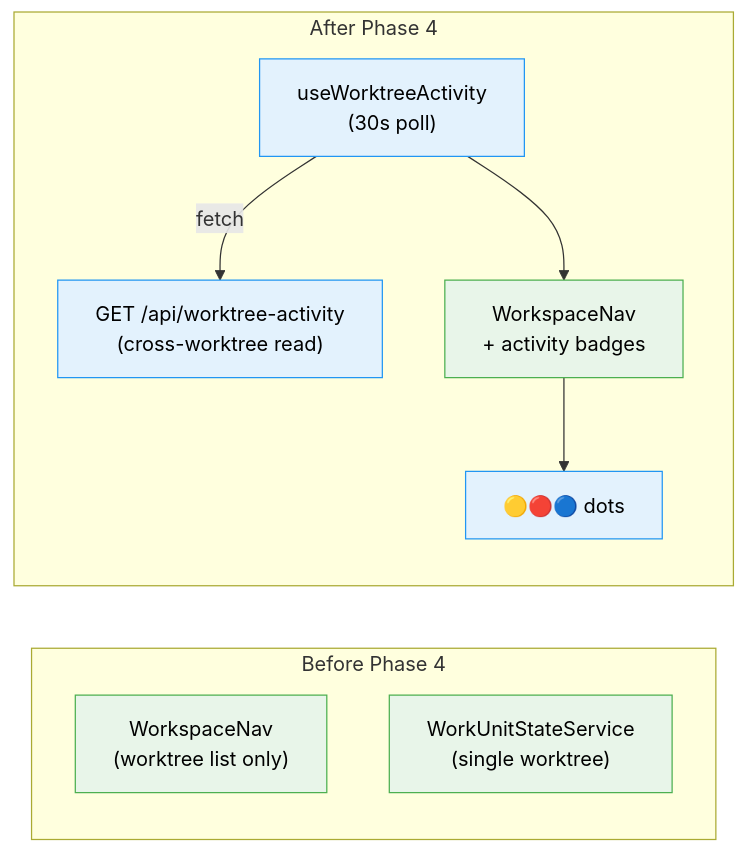
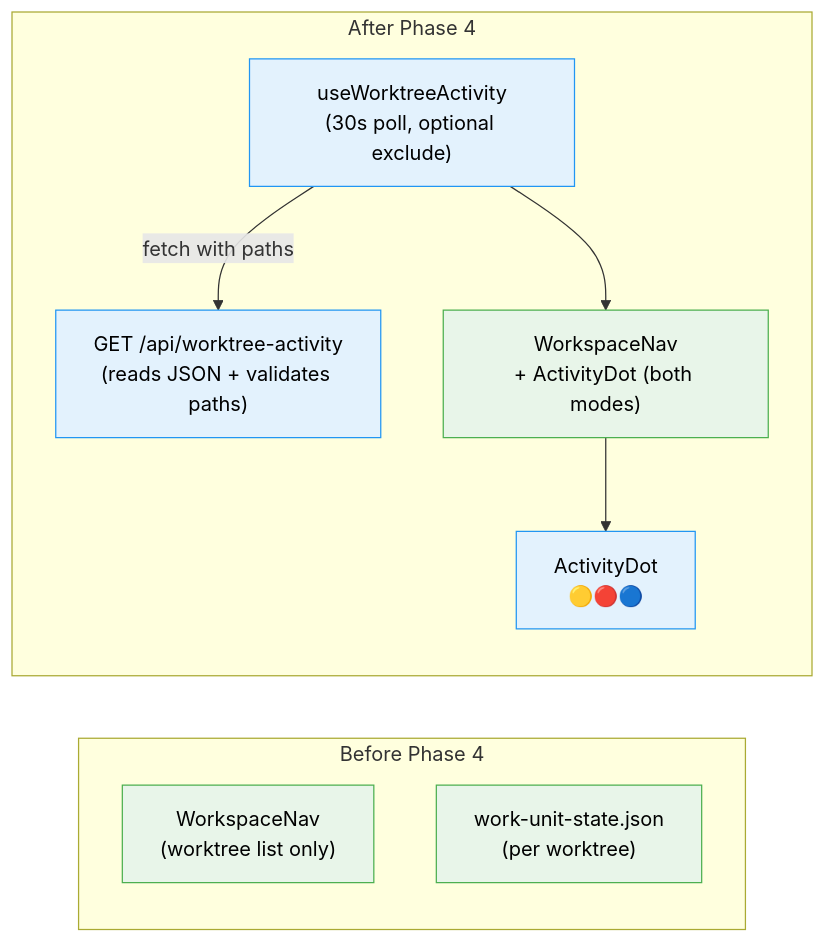
One commit to AI-Substrate/chainglass changed the second of 2 diagrams in docs/plans/059-fix-agents/tasks/phase-4-cross-worktree-left-menu/tasks.fltplan.md. Above: the diagram before and after it, drawn with Mermaid. The commit also changed other lines of this file and 1 other file, not shown here.

````diff
--- a/docs/plans/059-fix-agents/tasks/phase-4-cross-worktree-left-menu/tasks.fltplan.md
+++ b/docs/plans/059-fix-agents/tasks/phase-4-cross-worktree-left-menu/tasks.fltplan.md
@@ -76,21 +76,21 @@
 ```mermaid
 flowchart LR
     classDef existing fill:#E8F5E9,stroke:#4CAF50,color:#000
     classDef new fill:#E3F2FD,stroke:#2196F3,color:#000
 
     subgraph Before["Before Phase 4"]
         B_NAV["WorkspaceNav<br/>(worktree list only)"]:::existing
-        B_WUS["WorkUnitStateService<br/>(single worktree)"]:::existing
+        B_JSON["work-unit-state.json<br/>(per worktree)"]:::existing
     end
 
     subgraph After["After Phase 4"]
-        A_API["GET /api/worktree-activity<br/>(cross-worktree read)"]:::new
-        A_HOOK["useWorktreeActivity<br/>(30s poll)"]:::new
-        A_NAV["WorkspaceNav<br/>+ activity badges"]:::existing
-        A_BADGE["🟡🔴🔵 dots"]:::new
+        A_API["GET /api/worktree-activity<br/>(reads JSON + validates paths)"]:::new
+        A_HOOK["useWorktreeActivity<br/>(30s poll, optional exclude)"]:::new
+        A_NAV["WorkspaceNav<br/>+ ActivityDot (both modes)"]:::existing
+        A_DOT["ActivityDot<br/>🟡🔴🔵"]:::new
 
-        A_HOOK -->|"fetch"| A_API
+        A_HOOK -->|"fetch with paths"| A_API
         A_HOOK --> A_NAV
-        A_NAV --> A_BADGE
+        A_NAV --> A_DOT
     end
 ```
````
